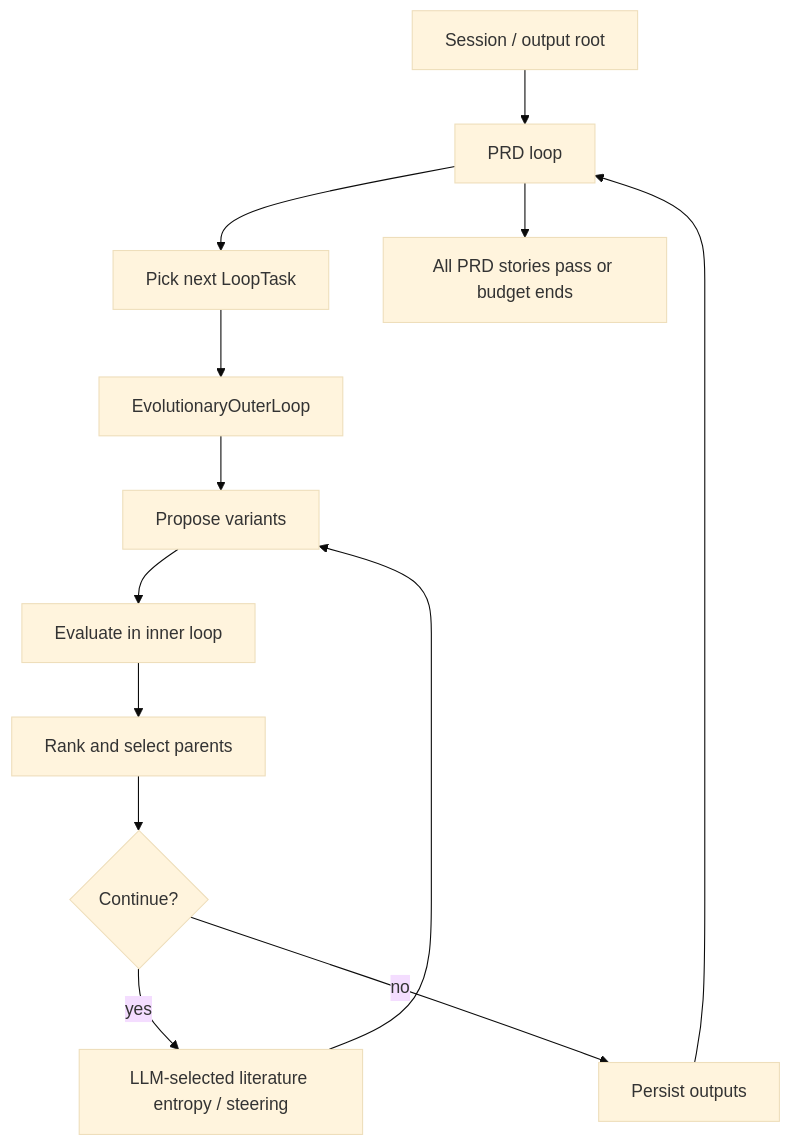
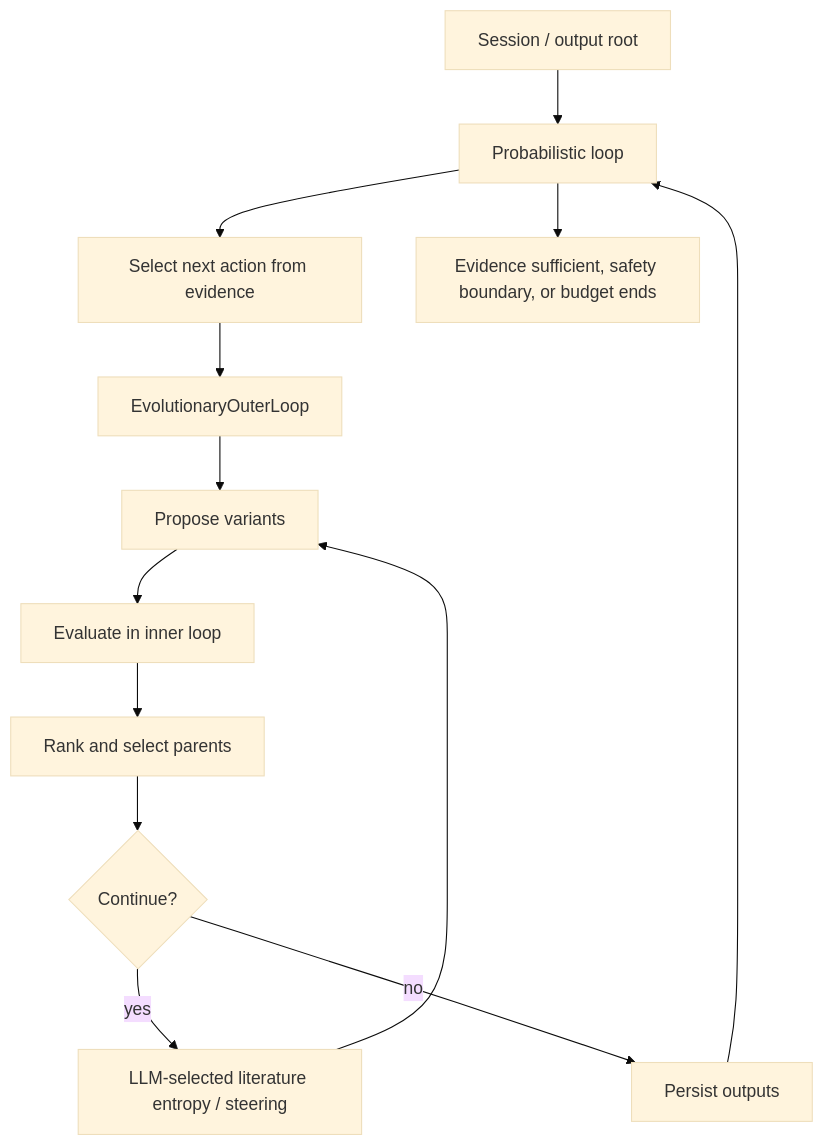
The second of 3 diagrams in docs/architecture.md (michaelzoub/research-agent), drawn with Mermaid (base theme) before and after one commit. The commit also changed other lines of this file and 31 other files, not shown here.

````diff
--- a/docs/architecture.md
+++ b/docs/architecture.md
@@ -128,15 +128,15 @@
 ```mermaid
 flowchart TD
-  session["Session / output root"] --> prdloop["PRD loop"]
-  prdloop --> pick["Pick next LoopTask"]
+  session["Session / output root"] --> actionloop["Probabilistic loop"]
+  actionloop --> pick["Select next action from evidence"]
   pick --> evo["EvolutionaryOuterLoop"]
   evo --> propose["Propose variants"]
   propose --> evaluate["Evaluate in inner loop"]
   evaluate --> rank["Rank and select parents"]
   rank --> entropy{"Continue?"}
   entropy -->|yes| refresh["LLM-selected literature entropy / steering"]
   refresh --> propose
   entropy -->|no| artifacts["Persist outputs"]
-  artifacts --> prdloop
-  prdloop --> done["All PRD stories pass or budget ends"]
+  artifacts --> actionloop
+  actionloop --> done["Evidence sufficient, safety boundary, or budget ends"]
 ```
````
